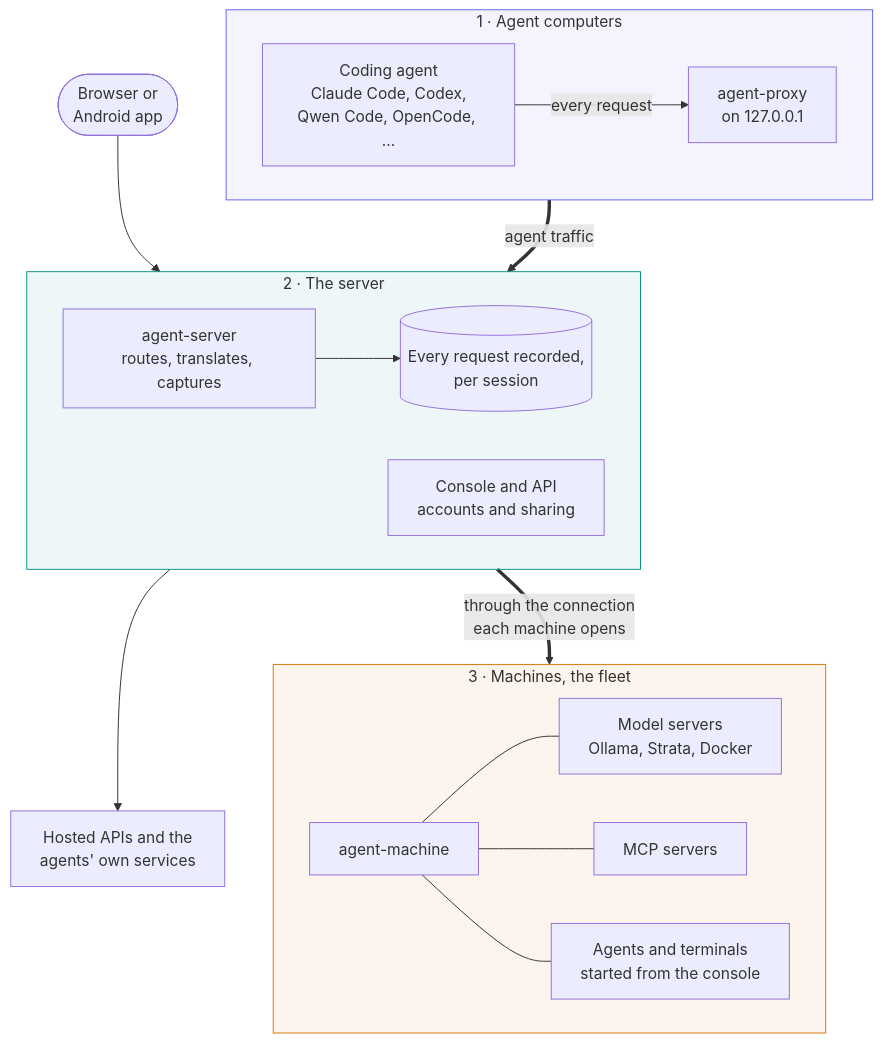
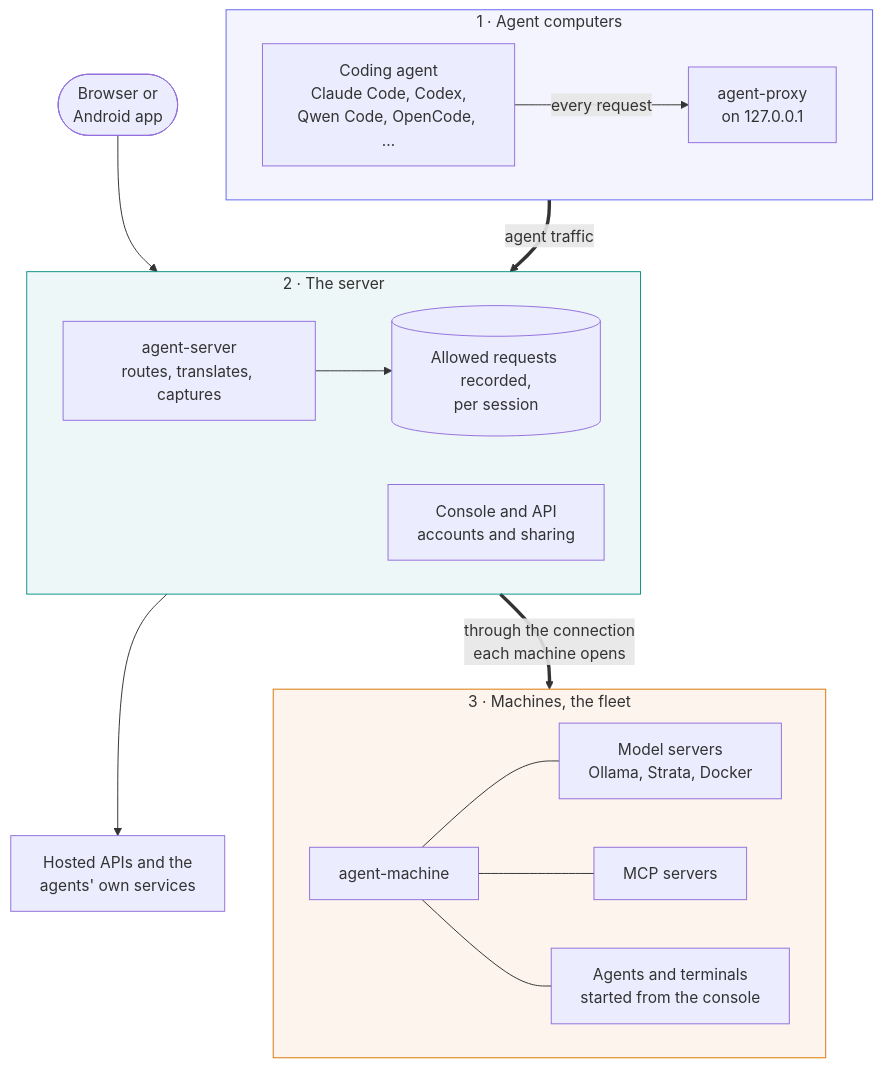
One commit to joeyenfield/ai-coding-agent-proxy changed the diagram in docs/index.md. Above: the diagram before and after it, drawn with Mermaid. The commit also changed other lines of this file and 27 other files, not shown here.

````diff
--- a/docs/index.md
+++ b/docs/index.md
@@ -11,31 +11,31 @@
 ```mermaid
 flowchart TB
   subgraph AGENTS["1 · Agent computers"]
     direction LR
     agent["Coding agent<br/>Claude Code, Codex,<br/>Qwen Code, OpenCode, …"]
     proxy["agent-proxy<br/>on 127.0.0.1"]
     agent -- "every request" --> proxy
   end
   subgraph SERVER["2 · The server"]
     direction LR
     route["agent-server<br/>routes, translates, captures"]
-    record[("Every request recorded,<br/>per session")]
+    record[("Allowed requests recorded,<br/>per session")]
     console["Console and API<br/>accounts and sharing"]
     route --> record
   end
   subgraph MACHINES["3 · Machines, the fleet"]
     direction LR
     am["agent-machine"]
     models["Model servers<br/>Ollama, Strata, Docker"]
     mcp["MCP servers"]
     shell["Agents and terminals<br/>started from the console"]
     am --- models & mcp & shell
   end
   proxy == "agent traffic" ==> route
   route == "through the connection<br/>each machine opens" ==> am
   route --> outside["Hosted APIs and the<br/>agents' own services"]
   people(["Browser or<br/>Android app"]) --> console
   style AGENTS fill:#6366f112,stroke:#6366f1
   style SERVER fill:#0d948812,stroke:#0d9488
   style MACHINES fill:#d9770612,stroke:#d97706
 ```
````
